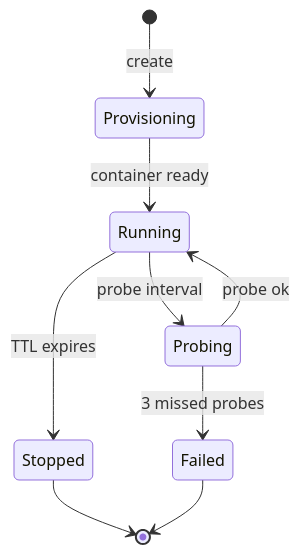
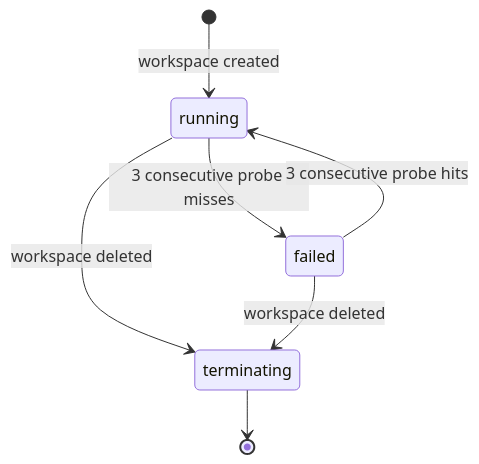
The second of 2 diagrams in primer/user_docs/concepts/workspaces.md (primerhq/primer), drawn with Mermaid before and after one commit. The commit also changed other lines of this file and 5 other files, not shown here.

````diff
--- a/primer/user_docs/concepts/workspaces.md
+++ b/primer/user_docs/concepts/workspaces.md
@@ -33,11 +69,9 @@
 ```mermaid
 stateDiagram-v2
-  [*] --> Provisioning: create
-  Provisioning --> Running: container ready
-  Running --> Probing: probe interval
-  Probing --> Running: probe ok
-  Probing --> Failed: 3 missed probes
-  Running --> Stopped: TTL expires
-  Stopped --> [*]
-  Failed --> [*]
+    [*] --> running : workspace created
+    running --> failed : 3 consecutive probe misses
+    failed --> running : 3 consecutive probe hits
+    running --> terminating : workspace deleted
+    failed --> terminating : workspace deleted
+    terminating --> [*]
 ```
````
